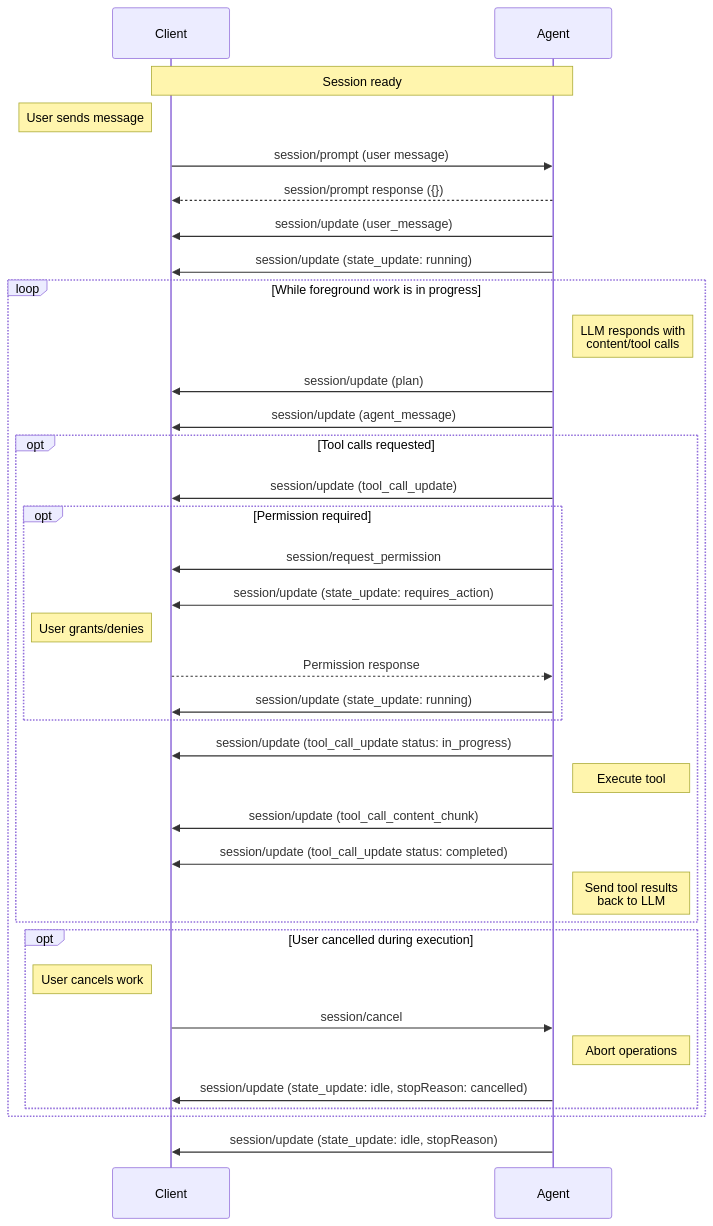
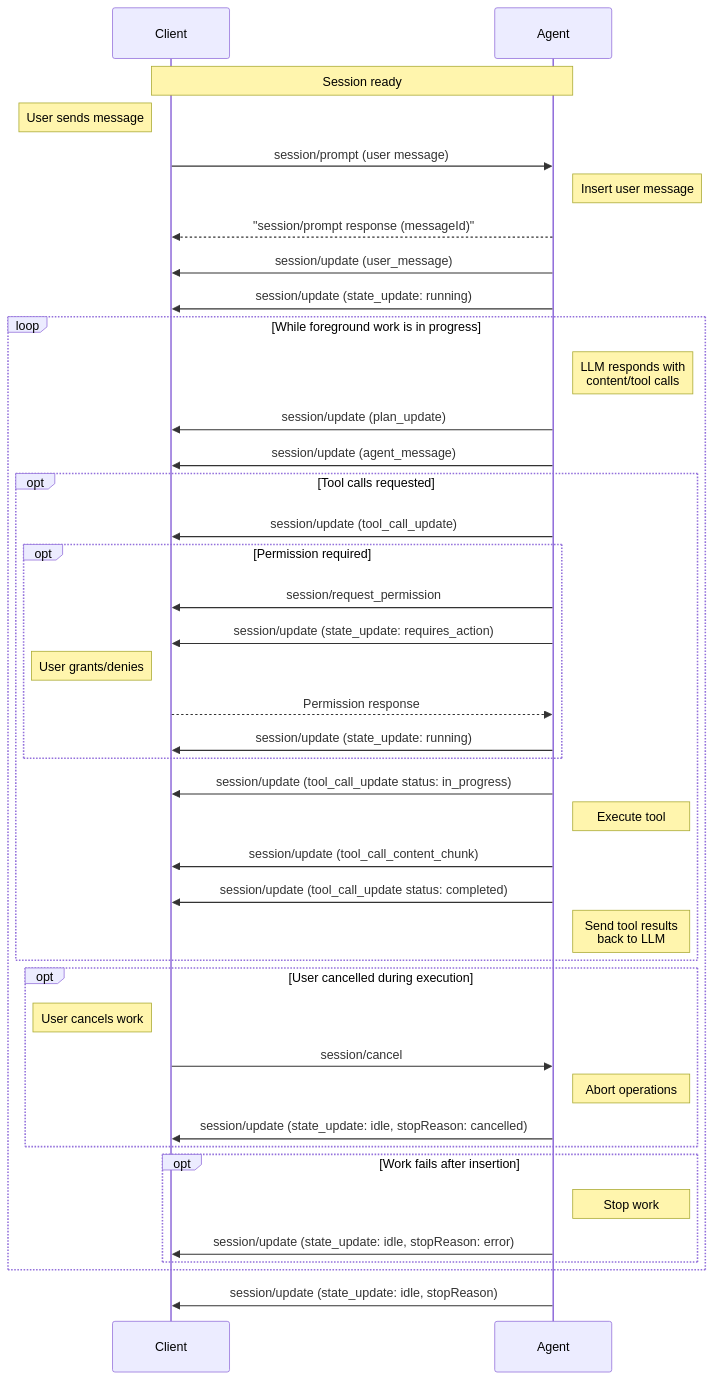
One commit to MAHDTech/agent-skills changed the diagram in dashboard/content/skills/engineering/acp/resources/auto/protocol-v2-prompt-lifecycle.md. Above: the diagram before and after it, drawn with Mermaid. The commit also changed other lines of this file and 3612 other files, not shown here.

````diff
--- a/dashboard/content/skills/engineering/acp/resources/auto/protocol-v2-prompt-lifecycle.md
+++ b/dashboard/content/skills/engineering/acp/resources/auto/protocol-v2-prompt-lifecycle.md
@@ -30,45 +82,51 @@
 ```mermaid theme={null}
 sequenceDiagram
     participant Client
     participant Agent
 
     Note over Agent,Client: Session ready
 
     Note left of Client: User sends message
     Client->>Agent: session/prompt (user message)
-    Agent-->>Client: session/prompt response ({})
+    Note right of Agent: Insert user message
+    Agent-->>Client: "session/prompt response (messageId)"
     Agent->>Client: session/update (user_message)
     Agent->>Client: session/update (state_update: running)
 
     loop While foreground work is in progress
         Note right of Agent: LLM responds with<br/>content/tool calls
-        Agent->>Client: session/update (plan)
+        Agent->>Client: session/update (plan_update)
         Agent->>Client: session/update (agent_message)
 
         opt Tool calls requested
             Agent->>Client: session/update (tool_call_update)
             opt Permission required
                 Agent->>Client: session/request_permission
                 Agent->>Client: session/update (state_update: requires_action)
                 Note left of Client: User grants/denies
                 Client-->>Agent: Permission response
                 Agent->>Client: session/update (state_update: running)
             end
             Agent->>Client: session/update (tool_call_update status: in_progress)
             Note right of Agent: Execute tool
             Agent->>Client: session/update (tool_call_content_chunk)
             Agent->>Client: session/update (tool_call_update status: completed)
             Note right of Agent: Send tool results<br/>back to LLM
         end
 
       opt User cancelled during execution
           Note left of Client: User cancels work
           Client->>Agent: session/cancel
           Note right of Agent: Abort operations
           Agent->>Client: session/update (state_update: idle, stopReason: cancelled)
       end
+
+      opt Work fails after insertion
+          Note right of Agent: Stop work
+          Agent->>Client: session/update (state_update: idle, stopReason: error)
+      end
     end
 
     Agent->>Client: session/update (state_update: idle, stopReason)
 
 ```
````
